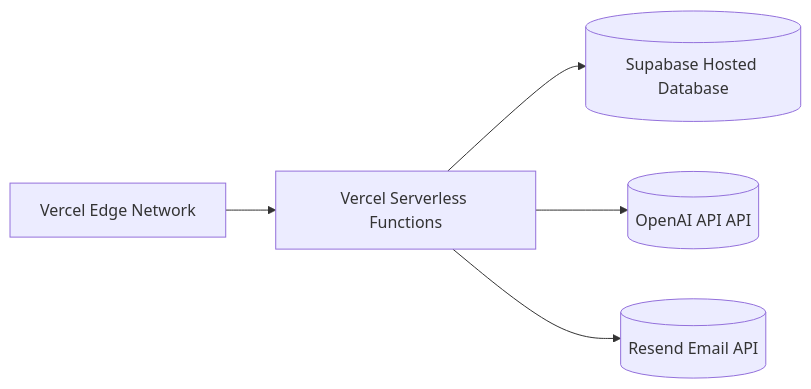
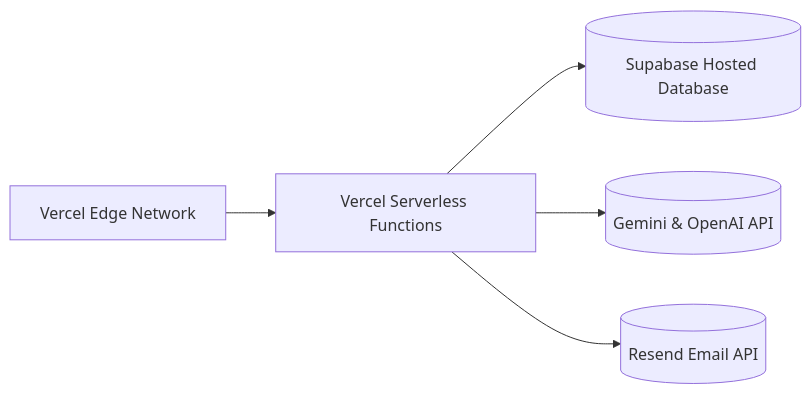
The diagram in docs/deployment_infrastructure.md (ralphdel/InstaVerify_AI), drawn with Mermaid before and after one commit. The commit also changed other lines of this file and 8 other files, not shown here.

````diff
--- a/docs/deployment_infrastructure.md
+++ b/docs/deployment_infrastructure.md
@@ -12,7 +12,7 @@
 ```mermaid
 graph LR
     DNS[Vercel Edge Network] --> Frontend[Vercel Serverless Functions]
     Frontend --> Supabase[(Supabase Hosted Database)]
-    Frontend --> OpenAI[(OpenAI API API)]
+    Frontend --> AI[(Gemini & OpenAI API)]
     Frontend --> Resend[(Resend Email API)]
 ```
````
